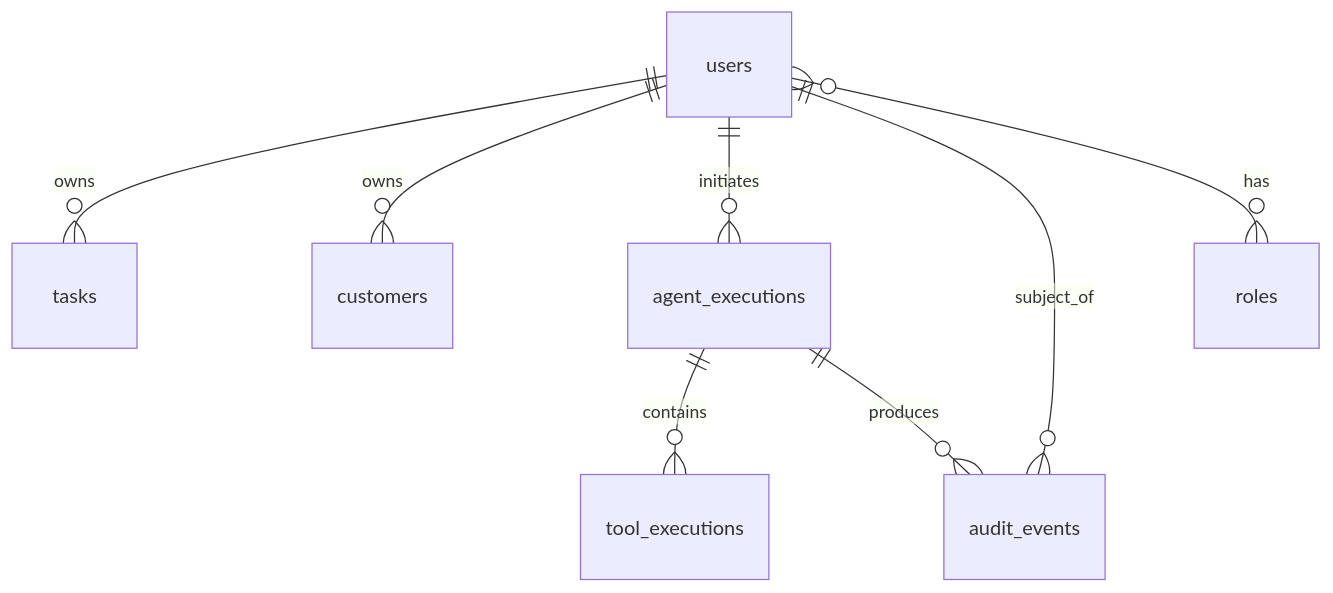
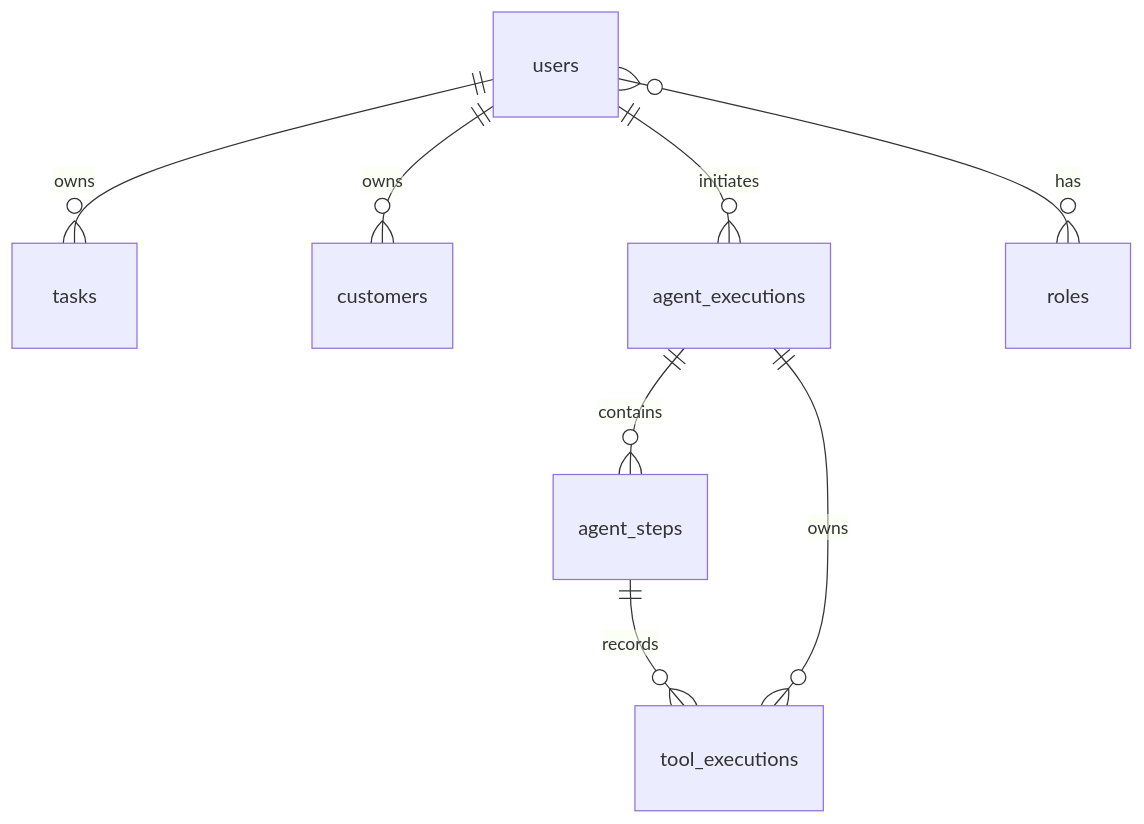
Before and after one commit to prince-ramteke/agentic-ai-task-orchestrator: the diagram in docs/DATABASE.md, drawn with Mermaid. The commit also changed other lines of this file and 74 other files, not shown here.

Commit message:
feat: add durable agent audit and execution history

````diff
--- a/docs/DATABASE.md
+++ b/docs/DATABASE.md
@@ -61,10 +81,10 @@
 ```mermaid
 erDiagram
     users ||--o{ tasks : owns
     users ||--o{ customers : owns
     users ||--o{ agent_executions : initiates
-    agent_executions ||--o{ tool_executions : contains
-    users ||--o{ audit_events : subject_of
-    agent_executions ||--o{ audit_events : produces
+    agent_executions ||--o{ agent_steps : contains
+    agent_steps ||--o{ tool_executions : records
+    agent_executions ||--o{ tool_executions : owns
     users }o--o{ roles : has
 ```
````
